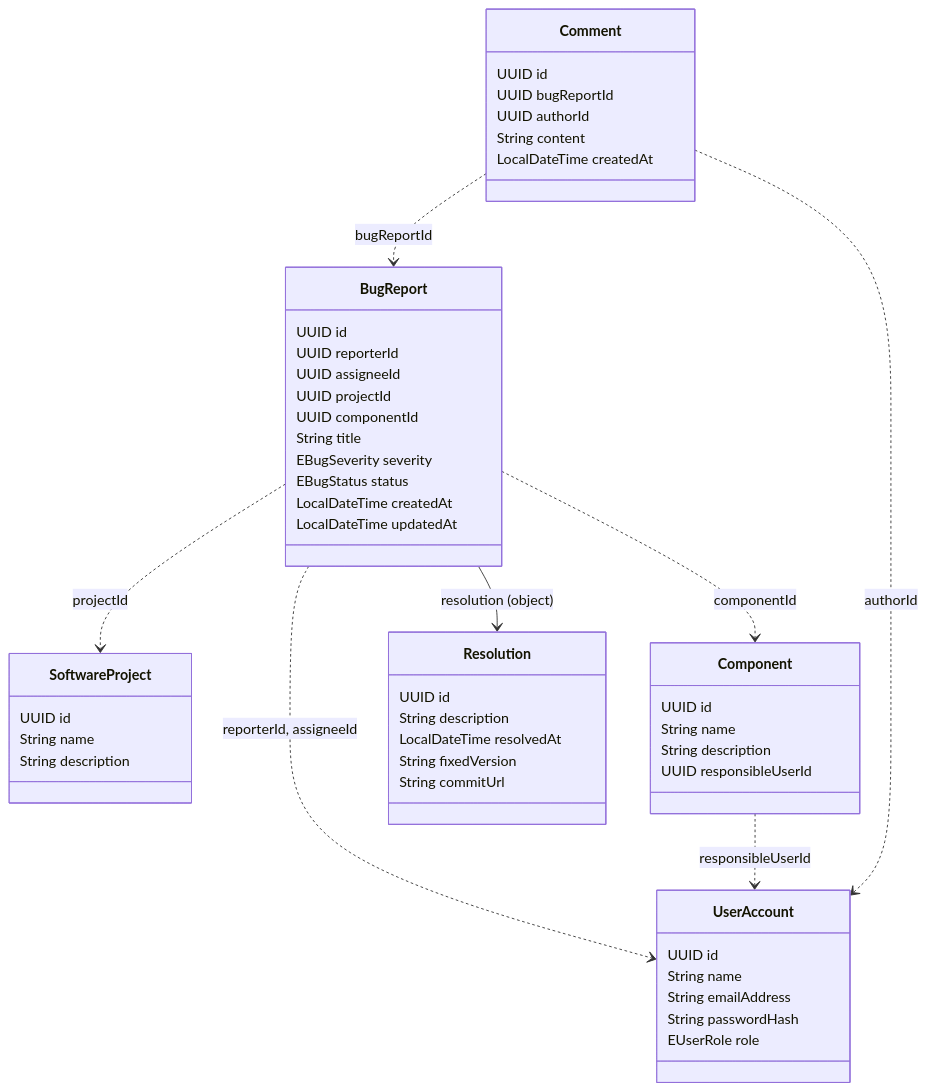
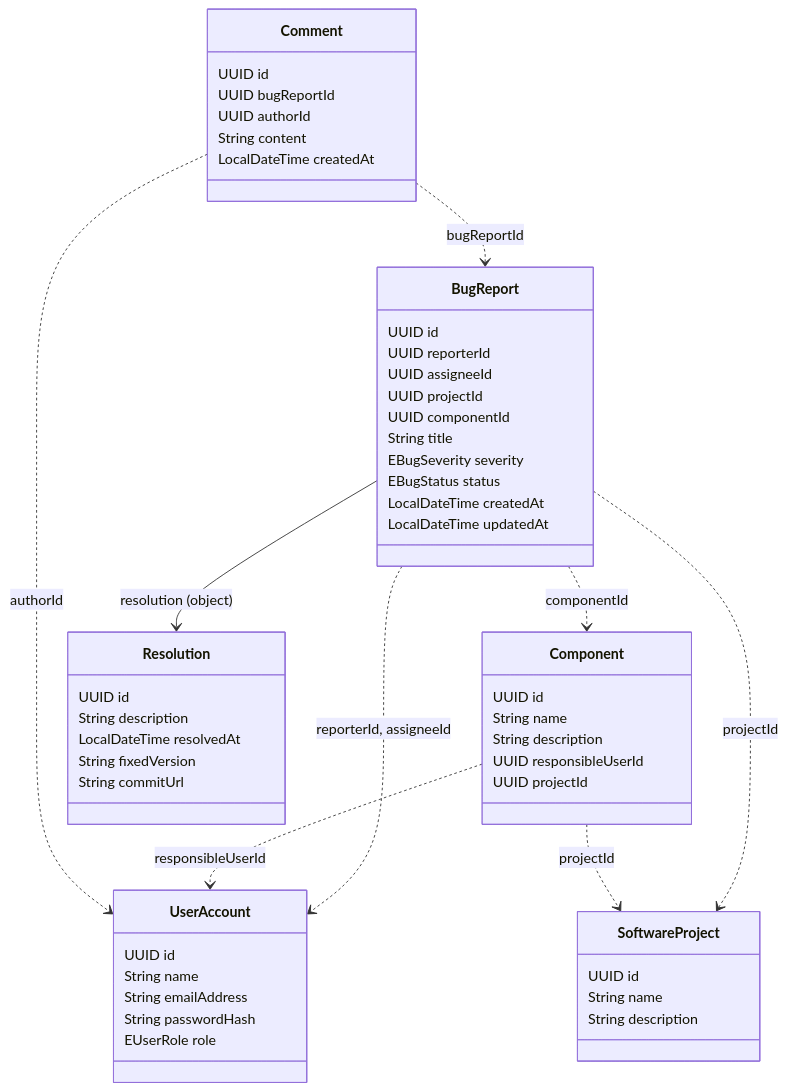
Before and after one commit to ramys2/bug-report-system: the first of 2 diagrams in docs/domain-model.md, drawn with Mermaid. The commit also changed other lines of this file and 19 other files, not shown here.

````diff
--- a/docs/domain-model.md
+++ b/docs/domain-model.md
@@ -175,55 +177,57 @@
 ```mermaid
 classDiagram
     class UserAccount {
         UUID id
         String name
         String emailAddress
         String passwordHash
         EUserRole role
     }
     class SoftwareProject {
         UUID id
         String name
         String description
     }
     class Component {
         UUID id
         String name
         String description
         UUID responsibleUserId
+        UUID projectId
     }
     class BugReport {
         UUID id
         UUID reporterId
         UUID assigneeId
         UUID projectId
         UUID componentId
         String title
         EBugSeverity severity
         EBugStatus status
         LocalDateTime createdAt
         LocalDateTime updatedAt
     }
     class Resolution {
         UUID id
         String description
         LocalDateTime resolvedAt
         String fixedVersion
         String commitUrl
     }
     class Comment {
         UUID id
         UUID bugReportId
         UUID authorId
         String content
         LocalDateTime createdAt
     }
 
     BugReport --> Resolution : resolution (object)
     BugReport ..> UserAccount : reporterId, assigneeId
     BugReport ..> SoftwareProject : projectId
     BugReport ..> Component : componentId
     Component ..> UserAccount : responsibleUserId
+    Component ..> SoftwareProject : projectId
     Comment ..> BugReport : bugReportId
     Comment ..> UserAccount : authorId
 ```
````
